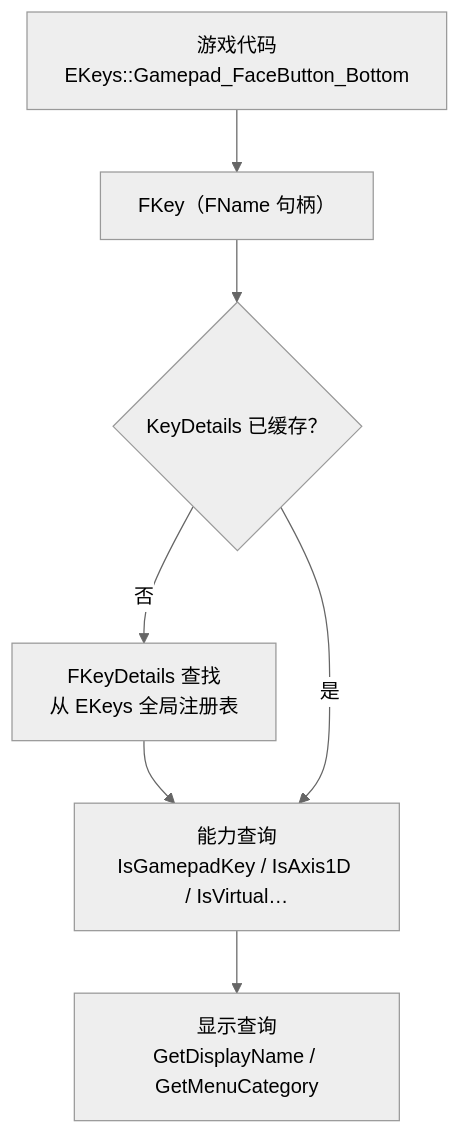
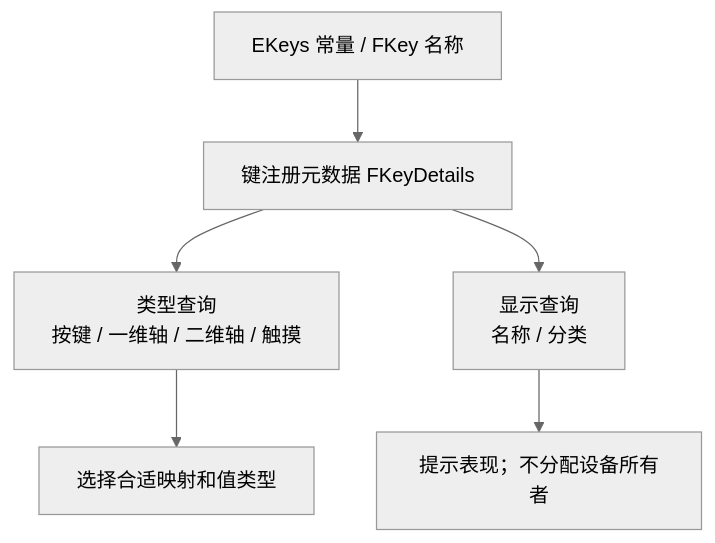
One commit to fantuan812/learning changed the second of 5 diagrams in 知识/05-Gameplay与交互系统/输入移动与交互/10-输入设备抽象与手柄触控.md. Above: the diagram before and after it, drawn with Mermaid (neutral theme). The commit also changed other lines of this file and 1 other file, not shown here.

````diff
--- a/知识/05-Gameplay与交互系统/输入移动与交互/10-输入设备抽象与手柄触控.md
+++ b/知识/05-Gameplay与交互系统/输入移动与交互/10-输入设备抽象与手柄触控.md
@@ -73,16 +88,8 @@
 ```mermaid
 flowchart TD
-    A["游戏代码<br/>EKeys::Gamepad_FaceButton_Bottom"]
-    B["FKey（FName 句柄）"]
-    C{"KeyDetails 已缓存？"}
-    D["FKeyDetails 查找<br/>从 EKeys 全局注册表"]
-    E["能力查询<br/>IsGamepadKey / IsAxis1D / IsVirtual…"]
-    F["显示查询<br/>GetDisplayName / GetMenuCategory"]
-
-    A --> B
-    B --> C
-    C -- 否 --> D
-    D --> E
-    C -- 是 --> E
-    E --> F
+    A["EKeys 常量 / FKey 名称"] --> B["键注册元数据 FKeyDetails"]
+    B --> C["类型查询<br/>按键 / 一维轴 / 二维轴 / 触摸"]
+    B --> D["显示查询<br/>名称 / 分类"]
+    C --> E["选择合适映射和值类型"]
+    D --> F["提示表现；不分配设备所有者"]
 ```
````
